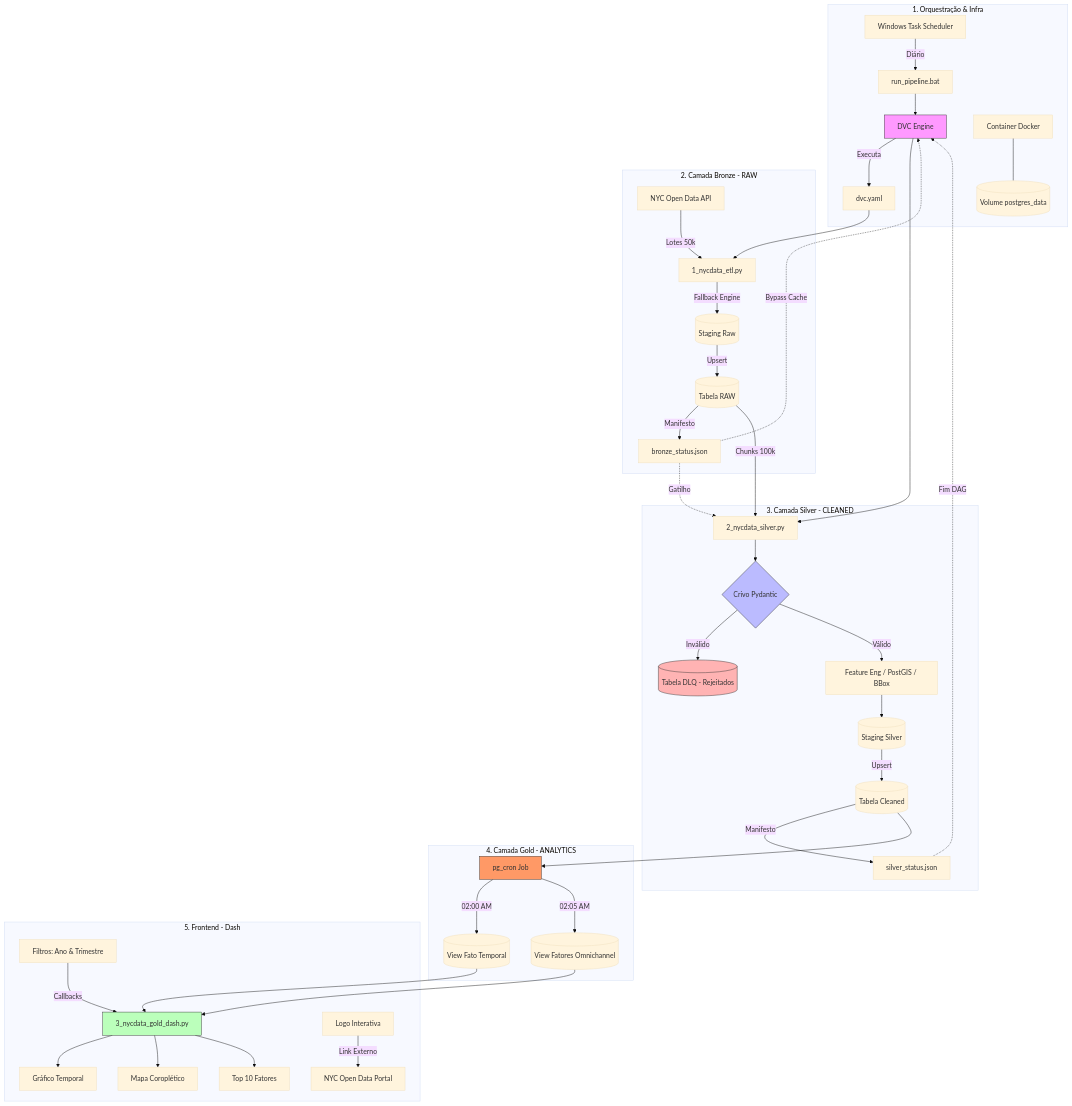
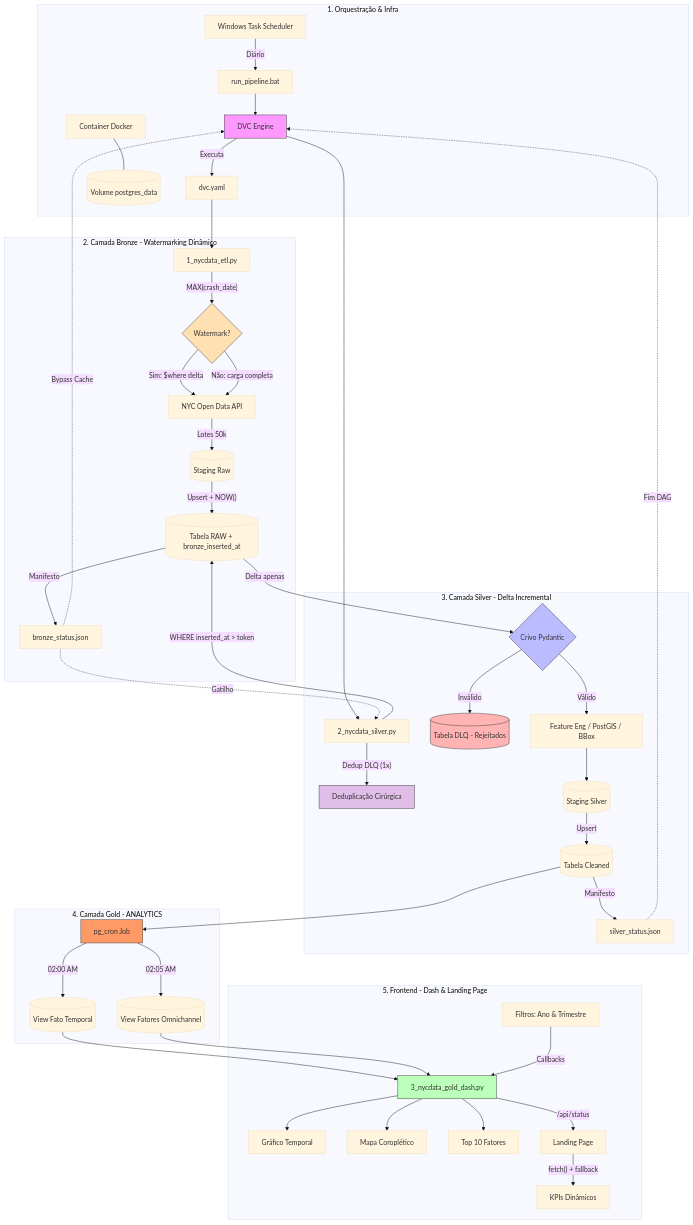
The diagram in README.md (phmcasimiro/NYCdata-vehicles-collisions), drawn with Mermaid (base theme) before and after one commit. The commit also changed other lines of this file and 7 other files, not shown here.

````diff
--- a/README.md
+++ b/README.md
@@ -145,62 +219,68 @@
 ```mermaid
 flowchart TD
     %% 1. INFRAESTRUTURA E ORQUESTRACAO
     subgraph INFRA [1. Orquestração & Infra]
         A[Windows Task Scheduler] -->|Diário| B[run_pipeline.bat]
         B --> C[DVC Engine]
         C -->|Executa| D[dvc.yaml]
         DK[Container Docker] --- VOL[(Volume postgres_data)]
     end
 
-    %% 2. BRONZE
-    subgraph BRONZE [2. Camada Bronze - RAW]
+    %% 2. BRONZE COM WATERMARKING
+    subgraph BRONZE [2. Camada Bronze - Watermarking Dinâmico]
         D --> E[1_nycdata_etl.py]
-        API[NYC Open Data API] -->|Lotes 50k| E
-        E -->|Fallback Engine| STG_B[(Staging Raw)]
-        STG_B -->|Upsert| T_RAW[(Tabela RAW)]
+        E -->|"MAX(crash_date)"| WM{Watermark?}
+        WM -->|"Sim: $where delta"| API[NYC Open Data API]
+        WM -->|"Não: carga completa"| API
+        API -->|Lotes 50k| STG_B[(Staging Raw)]
+        STG_B -->|"Upsert + NOW()"| T_RAW[(Tabela RAW + bronze_inserted_at)]
         T_RAW -->|Manifesto| M_BRONZE[bronze_status.json]
         M_BRONZE -.->|Bypass Cache| C
     end
 
-    %% 3. SILVER
-    subgraph SILVER [3. Camada Silver - CLEANED]
+    %% 3. SILVER COM LEITURA INCREMENTAL
+    subgraph SILVER [3. Camada Silver - Delta Incremental]
         C --> F[2_nycdata_silver.py]
         M_BRONZE -.->|Gatilho| F
-        T_RAW -->|Chunks 100k| F
-        F --> PYD{Crivo Pydantic}
+        F -->|"Dedup DLQ (1x)"| DEDUP[Deduplicação Cirúrgica]
+        F -->|"WHERE inserted_at > token"| T_RAW
+        T_RAW -->|Delta apenas| PYD{Crivo Pydantic}
         
         PYD -->|Inválido| T_DLQ[(Tabela DLQ - Rejeitados)]
         PYD -->|Válido| FE[Feature Eng / PostGIS / BBox]
         
         FE --> STG_S[(Staging Silver)]
         STG_S -->|Upsert| T_SILVER[(Tabela Cleaned)]
         T_SILVER -->|Manifesto| M_SILVER[silver_status.json]
         M_SILVER -.->|Fim DAG| C
     end
 
     %% 4. GOLD
     subgraph GOLD [4. Camada Gold - ANALYTICS]
         T_SILVER --> CRON[pg_cron Job]
         CRON -->|02:00 AM| V_TEMP[(View Fato Temporal)]
         CRON -->|02:05 AM| V_FACT[(View Fatores Omnichannel)]
     end
 
     %% 5. APRESENTACAO
-    subgraph PRESENTATION [5. Frontend - Dash]
+    subgraph PRESENTATION [5. Frontend - Dash & Landing Page]
         V_TEMP & V_FACT --> APP[3_nycdata_gold_dash.py]
         FILTROS[Filtros: Ano & Trimestre] -->|Callbacks| APP
         
         APP --> G_LINE[Gráfico Temporal]
         APP --> G_MAP[Mapa Coroplético]
         APP --> G_BAR[Top 10 Fatores]
         
-        LOGO[Logo Interativa] -->|Link Externo| LINK[NYC Open Data Portal]
+        APP -->|"/api/status"| LANDING[Landing Page]
+        LANDING -->|"fetch() + fallback"| KPI[KPIs Dinâmicos]
     end
 
     %% Estilização Visual Neutra e Profissional
     style C fill:#f9f,stroke:#333,stroke-width:1px
     style PYD fill:#bbf,stroke:#333,stroke-width:1px
     style CRON fill:#f96,stroke:#333,stroke-width:1px
     style APP fill:#bfb,stroke:#333,stroke-width:1px
     style T_DLQ fill:#ffb3b3,stroke:#333,stroke-width:1px
+    style WM fill:#ffe0b2,stroke:#333,stroke-width:1px
+    style DEDUP fill:#e1bee7,stroke:#333,stroke-width:1px
 ```
````
